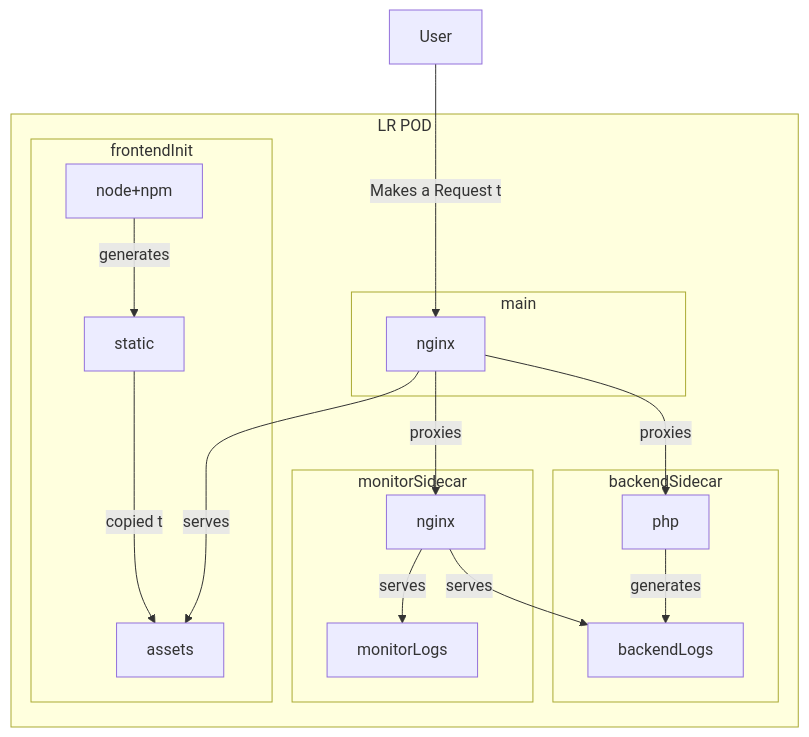
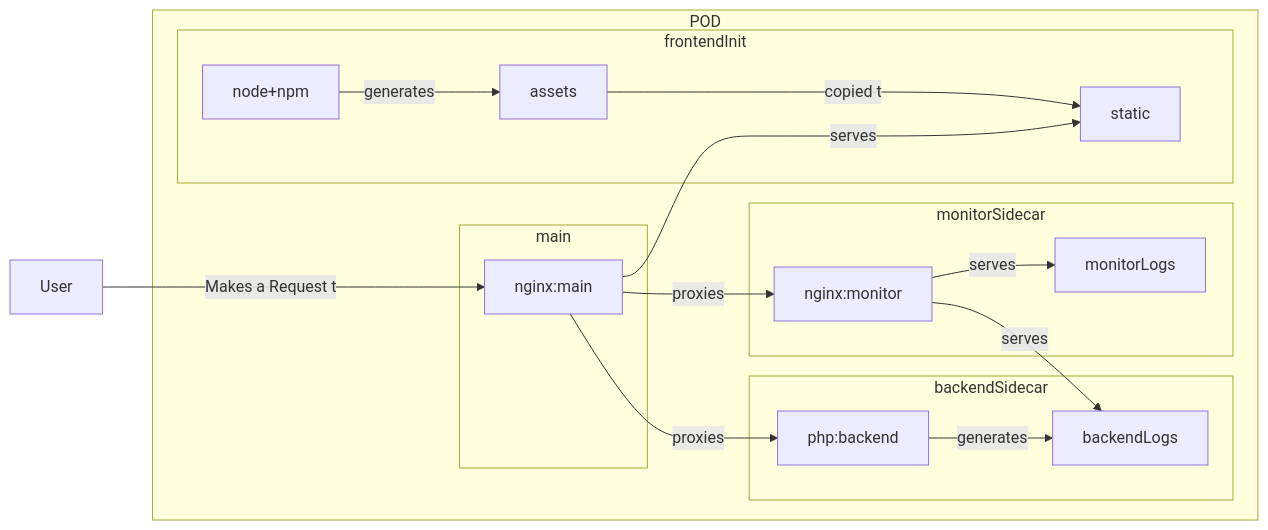
The diagram in README.md (BunnyCrlu/demo-pod), drawn with Mermaid before and after one commit.

````diff
--- a/README.md
+++ b/README.md
@@ -4,31 +4,31 @@
 ```mermaid
-flowchart TD
+flowchart LR
     User--Makes a Request to-->main
 
-    subgraph LR POD
+    subgraph POD
         subgraph LR backendService[backendSidecar]
-            backendPHP[php]
+            backendPHP[php:backend]
             backendPHP--generates-->backendLogs
         end
         subgraph LR monitorService[monitorSidecar]
-            monitorNginx[nginx]
+            monitorNginx[nginx:monitor]
             monitorNginx--serves-->monitorLogs
             monitorNginx--serves-->backendLogs
         end
         subgraph LR frontendService[frontendInit]
             frontendNPM[node+npm]
+            frontendAssets[assets]
             frontendStatic[static]
-            frontendAssets[assets]
-            frontendNPM--generates-->frontendStatic
-            frontendStatic--copied to-->frontendAssets
+            frontendNPM--generates-->frontendAssets
+            frontendAssets--copied to-->frontendStatic
         end
 
         subgraph LR mainService[main]
-            main[nginx]
+            main[nginx:main]
 
             main--proxies-->monitorNginx
             main--proxies-->backendPHP
-            main--serves-->frontendAssets
+            main--serves-->frontendStatic
         end
     end
 ```
````
